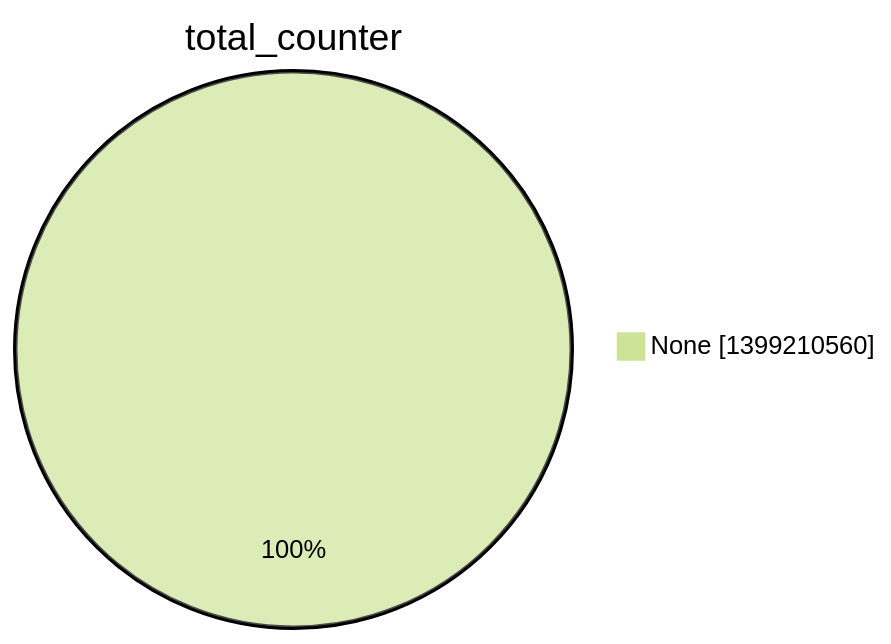
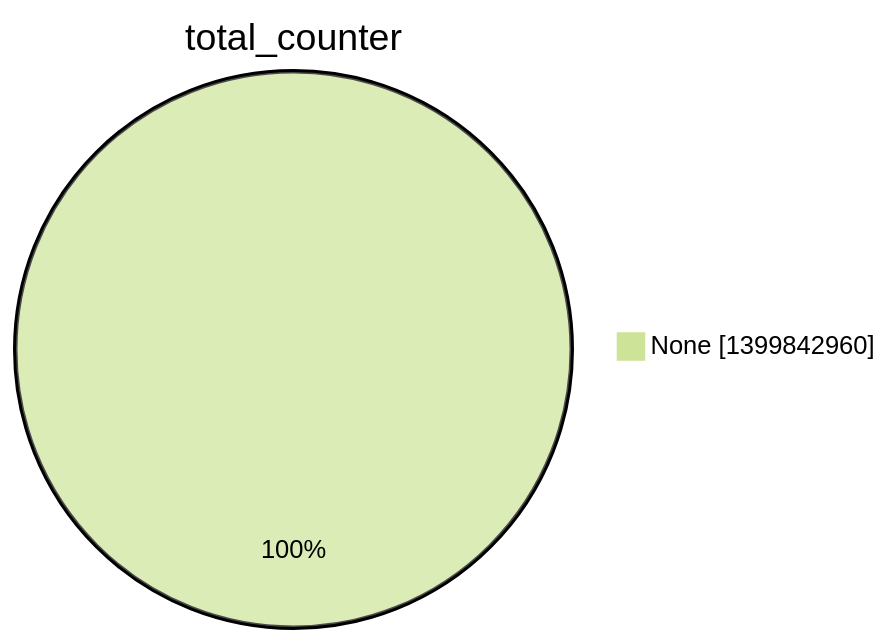
One commit to christiankrug/ctmonitor_visualization changed the second of 15 diagrams in argon2022/README.md. Above: the diagram before and after it, drawn with Mermaid (forest theme). The commit also changed other lines of this file, not shown here.

````diff
--- a/argon2022/README.md
+++ b/argon2022/README.md
@@ -9,5 +9,5 @@
 ```mermaid
 pie showData
 title total_counter
-"None" :1399210560
+"None" :1399842960
 ```
````
